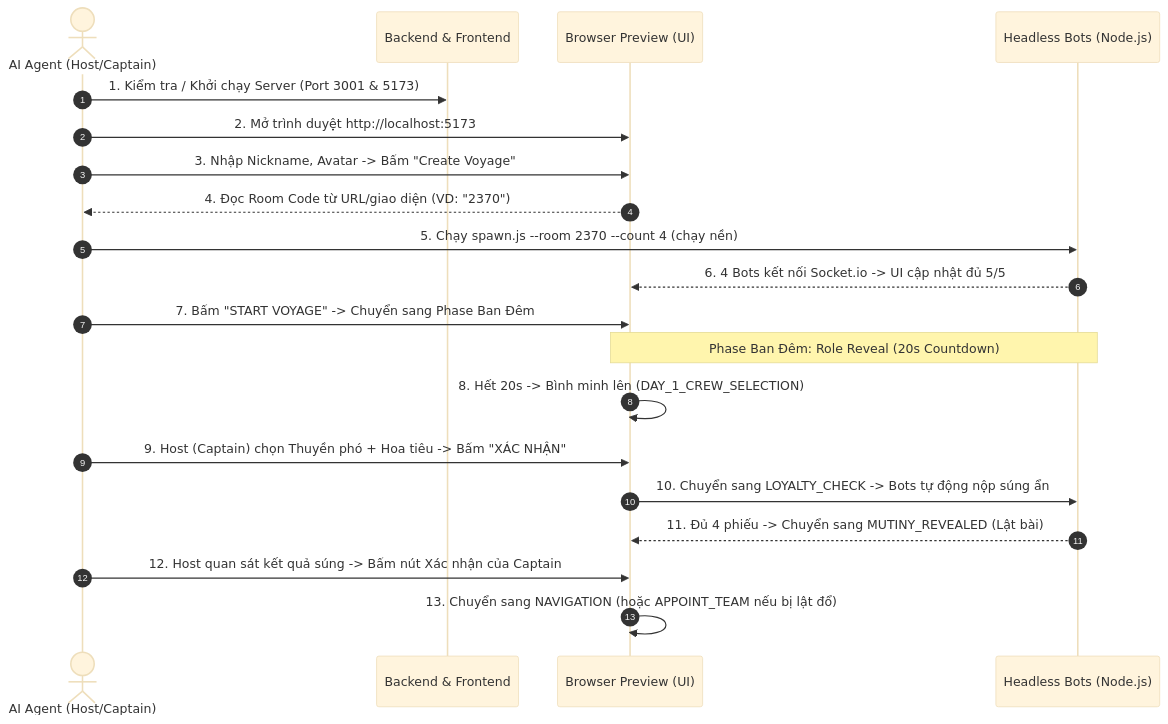
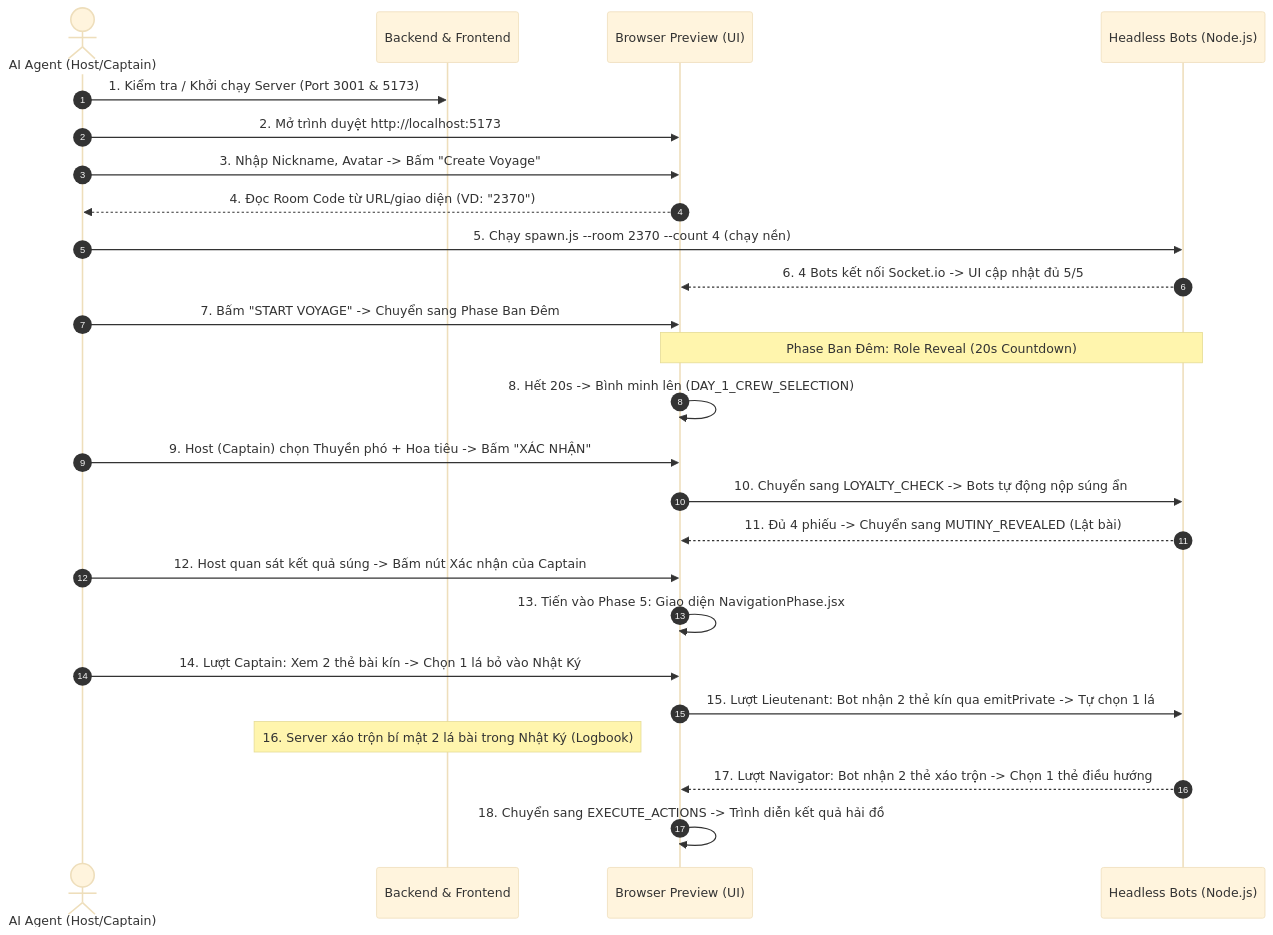
One commit to tiendat2411/feed-the-kraken changed the diagram in .agents/workflows/rule-e2e-testing.md. Above: the diagram before and after it, drawn with Mermaid (base theme). The commit also changed other lines of this file, not shown here.

First line of the commit message:
docs(workflow): update E2E testing workflow with Phase 5 Navigation and Overboard steps

````diff
--- a/.agents/workflows/rule-e2e-testing.md
+++ b/.agents/workflows/rule-e2e-testing.md
@@ -13,23 +13,28 @@
 ```mermaid
 sequenceDiagram
     autonumber
     actor AI as AI Agent (Host/Captain)
     participant Srv as Backend & Frontend
     participant Browser as Browser Preview (UI)
     participant Bots as Headless Bots (Node.js)
     
     AI->>Srv: 1. Kiểm tra / Khởi chạy Server (Port 3001 & 5173)
     AI->>Browser: 2. Mở trình duyệt http://localhost:5173
     AI->>Browser: 3. Nhập Nickname, Avatar -> Bấm "Create Voyage"
     Browser-->>AI: 4. Đọc Room Code từ URL/giao diện (VD: "2370")
     AI->>Bots: 5. Chạy spawn.js --room 2370 --count 4 (chạy nền)
     Bots-->>Browser: 6. 4 Bots kết nối Socket.io -> UI cập nhật đủ 5/5
     AI->>Browser: 7. Bấm "START VOYAGE" -> Chuyển sang Phase Ban Đêm
     Note over Browser,Bots: Phase Ban Đêm: Role Reveal (20s Countdown)
     Browser->>Browser: 8. Hết 20s -> Bình minh lên (DAY_1_CREW_SELECTION)
     AI->>Browser: 9. Host (Captain) chọn Thuyền phó + Hoa tiêu -> Bấm "XÁC NHẬN"
     Browser->>Bots: 10. Chuyển sang LOYALTY_CHECK -> Bots tự động nộp súng ẩn
     Bots-->>Browser: 11. Đủ 4 phiếu -> Chuyển sang MUTINY_REVEALED (Lật bài)
     AI->>Browser: 12. Host quan sát kết quả súng -> Bấm nút Xác nhận của Captain
-    Browser->>Browser: 13. Chuyển sang NAVIGATION (hoặc APPOINT_TEAM nếu bị lật đổ)
+    Browser->>Browser: 13. Tiến vào Phase 5: Giao diện NavigationPhase.jsx
+    AI->>Browser: 14. Lượt Captain: Xem 2 thẻ bài kín -> Chọn 1 lá bỏ vào Nhật Ký
+    Browser->>Bots: 15. Lượt Lieutenant: Bot nhận 2 thẻ kín qua emitPrivate -> Tự chọn 1 lá
+    Note over Srv: 16. Server xáo trộn bí mật 2 lá bài trong Nhật Ký (Logbook)
+    Bots-->>Browser: 17. Lượt Navigator: Bot nhận 2 thẻ xáo trộn -> Chọn 1 thẻ điều hướng
+    Browser->>Browser: 18. Chuyển sang EXECUTE_ACTIONS -> Trình diễn kết quả hải đồ
 ```
````
